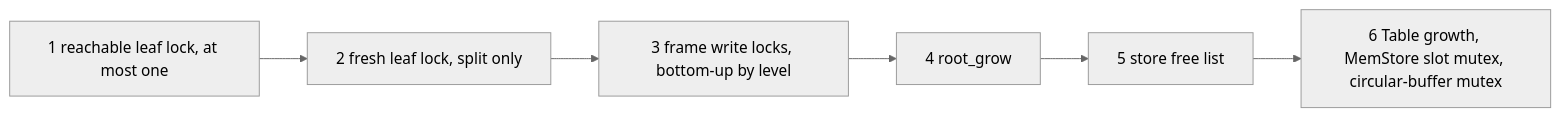
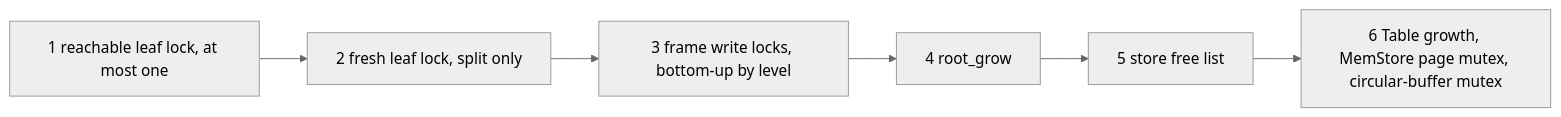
The second of 4 diagrams in docs/design/bf-tree-concurrency.md (raydatray/peppydb), drawn with Mermaid (neutral theme) before and after one commit. The commit also changed other lines of this file and 9 other files, not shown here.

````diff
--- a/docs/design/bf-tree-concurrency.md
+++ b/docs/design/bf-tree-concurrency.md
@@ -205,8 +205,8 @@
 ```mermaid
 flowchart LR
     A["1 reachable leaf lock, at most one"] --> B["2 fresh leaf lock, split only"]
     B --> C["3 frame write locks, bottom-up by level"]
     C --> D["4 root_grow"]
     D --> E["5 store free list"]
-    E --> F["6 Table growth, MemStore slot mutex, circular-buffer mutex"]
+    E --> F["6 Table growth, MemStore page mutex, circular-buffer mutex"]
 ```
````
